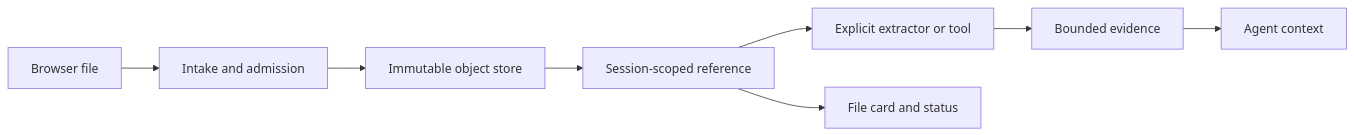
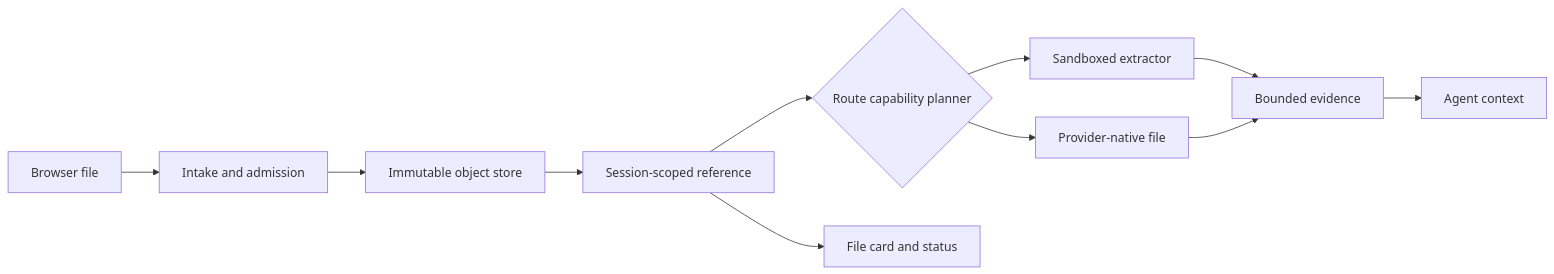
The diagram in docs/en/integrations/general-file-attachments.md (sandbaseai/deepseek-harness-handbook), drawn with Mermaid before and after one commit. The commit also changed other lines of this file and 9 other files, not shown here.

````diff
--- a/docs/en/integrations/general-file-attachments.md
+++ b/docs/en/integrations/general-file-attachments.md
@@ -44,10 +44,13 @@
 ```mermaid
 flowchart LR
   B[Browser file] --> I[Intake and admission]
   I --> S[Immutable object store]
   S --> R[Session-scoped reference]
-  R --> X[Explicit extractor or tool]
+  R --> P{Route capability planner}
+  P --> X[Sandboxed extractor]
+  P --> N[Provider-native file]
   X --> E[Bounded evidence]
+  N --> E
   E --> M[Agent context]
   R --> U[File card and status]
 ```
````
